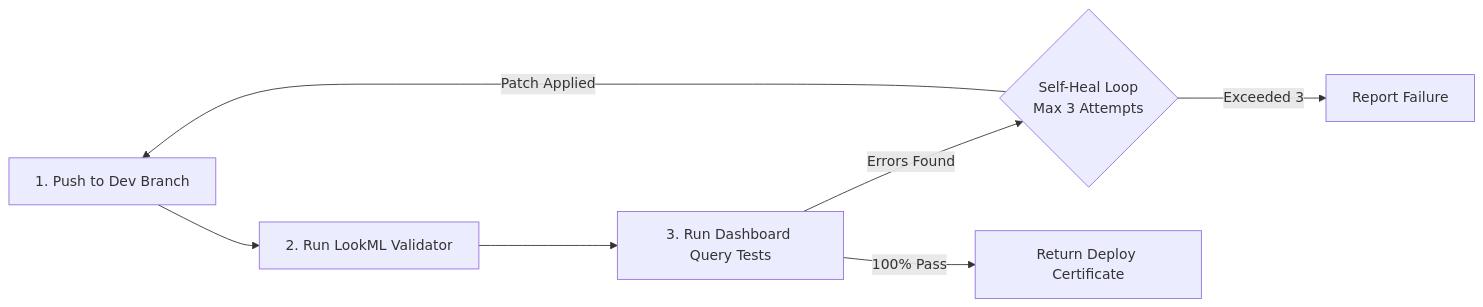
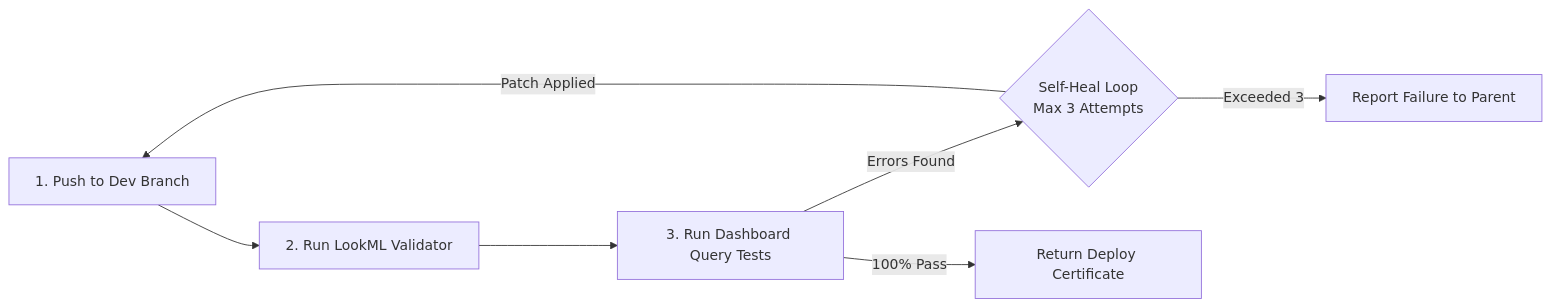
Before and after one commit to lkrdev/looker-demo-cli: the third of 4 diagrams in skills/looker-demo-orchestrator/SKILL.md, drawn with Mermaid. The commit also changed other lines of this file and 10 other files, not shown here.

````diff
--- a/skills/looker-demo-orchestrator/SKILL.md
+++ b/skills/looker-demo-orchestrator/SKILL.md
@@ -338,9 +344,9 @@
 ```mermaid
 graph LR
     Step1[1. Push to Dev Branch] --> Step2[2. Run LookML Validator]
     Step2 --> Step3[3. Run Dashboard Query Tests]
     Step3 -->|Errors Found| Heal{Self-Heal Loop<br/>Max 3 Attempts}
     Heal -->|Patch Applied| Step1
-    Heal -->|Exceeded 3| Fail[Report Failure]
+    Heal -->|Exceeded 3| Fail[Report Failure to Parent]
     Step3 -->|100% Pass| Step4[Return Deploy Certificate]
 ```
````
